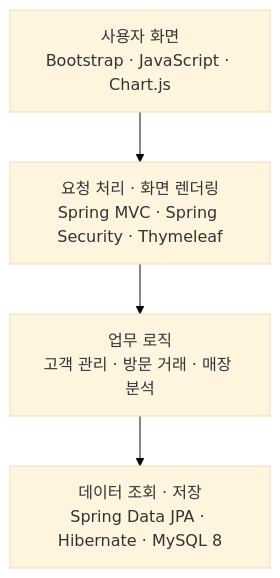
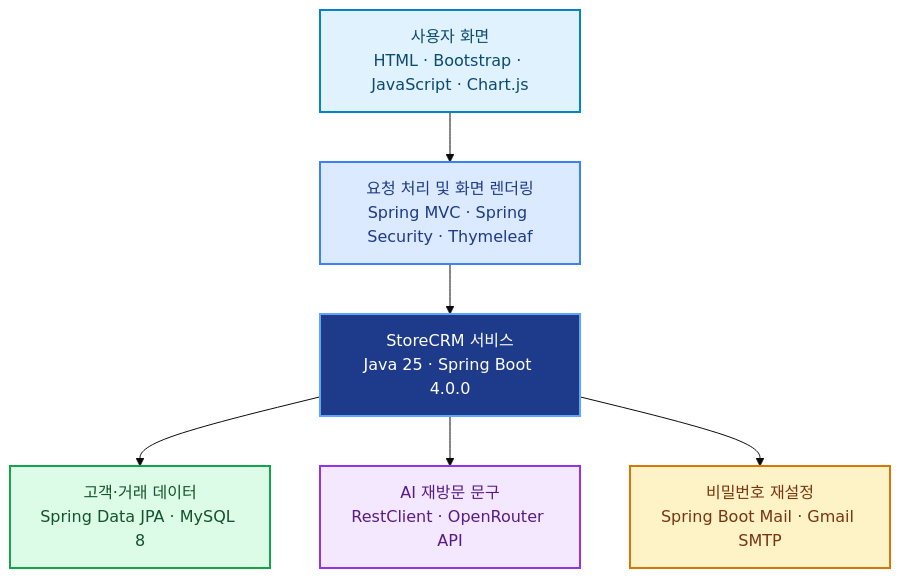
Before and after one commit to sanghui4542-ship-it/Final_Project_CRM: the diagram in README.md, drawn with Mermaid (base theme). The commit also changed other lines of this file, not shown here.

Commit message:
Revise system architecture and flowchart in README
Updated system architecture section with detailed flowchart and descriptions.

````diff
--- a/README.md
+++ b/README.md
@@ -71,11 +73,29 @@
 ```mermaid
-flowchart TD
-    UI["사용자 화면<br/>Bootstrap · JavaScript · Chart.js"]
-    WEB["요청 처리 · 화면 렌더링<br/>Spring MVC · Spring Security · Thymeleaf"]
-    SERVICE["업무 로직<br/>고객 관리 · 방문 거래 · 매장 분석"]
-    DATA["데이터 조회 · 저장<br/>Spring Data JPA · Hibernate · MySQL 8"]
+flowchart TB
+    UI["사용자 화면<br/>HTML · Bootstrap · JavaScript · Chart.js"]
+    WEB["요청 처리 및 화면 렌더링<br/>Spring MVC · Spring Security · Thymeleaf"]
+    CORE["StoreCRM 서비스<br/>Java 25 · Spring Boot 4.0.0"]
 
-    UI --> WEB
-    WEB --> SERVICE
-    SERVICE --> DATA
+    DB["고객·거래 데이터<br/>Spring Data JPA · MySQL 8"]
+    AI["AI 재방문 문구<br/>RestClient · OpenRouter API"]
+    MAIL["비밀번호 재설정<br/>Spring Boot Mail · Gmail SMTP"]
+
+    UI --> WEB --> CORE
+    CORE --> DB
+    CORE --> AI
+    CORE --> MAIL
+
+    classDef ui fill:#E0F2FE,stroke:#0284C7,color:#0C4A6E,stroke-width:2px
+    classDef web fill:#DBEAFE,stroke:#3B82F6,color:#1E3A8A,stroke-width:2px
+    classDef core fill:#1E3A8A,stroke:#60A5FA,color:#FFFFFF,stroke-width:2px
+    classDef data fill:#DCFCE7,stroke:#16A34A,color:#14532D,stroke-width:2px
+    classDef ai fill:#F3E8FF,stroke:#9333EA,color:#581C87,stroke-width:2px
+    classDef mail fill:#FEF3C7,stroke:#D97706,color:#78350F,stroke-width:2px
+
+    class UI ui
+    class WEB web
+    class CORE core
+    class DB data
+    class AI ai
+    class MAIL mail
 ```
````
